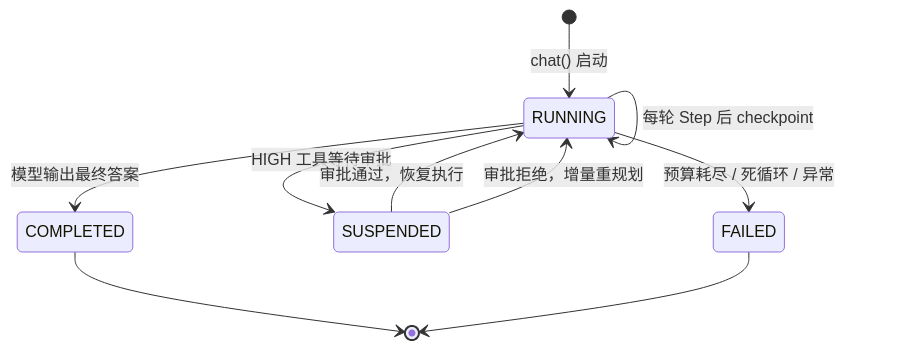
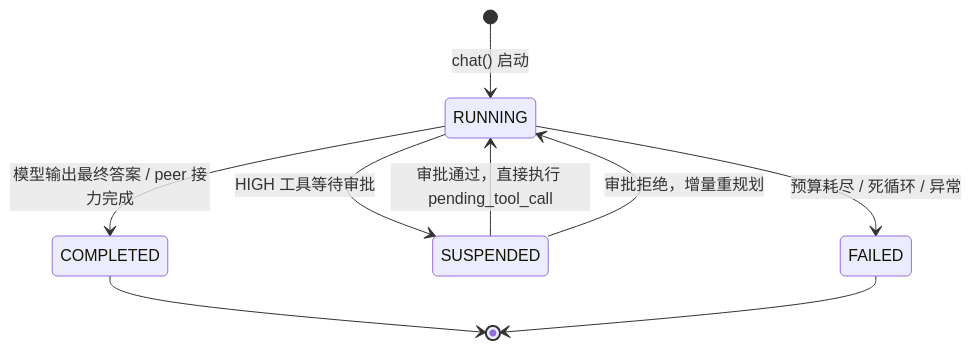
Before and after one commit to limenagent/prodagent: the second of 2 diagrams in docs/tour/01-core.md, drawn with Mermaid. The commit also changed other lines of this file and 28 other files, not shown here.

````diff
--- a/docs/tour/01-core.md
+++ b/docs/tour/01-core.md
@@ -71,12 +75,11 @@
 ```mermaid
 stateDiagram-v2
     [*] --> RUNNING: chat() 启动
-    RUNNING --> COMPLETED: 模型输出最终答案
+    RUNNING --> COMPLETED: 模型输出最终答案 / peer 接力完成
     RUNNING --> SUSPENDED: HIGH 工具等待审批
-    SUSPENDED --> RUNNING: 审批通过，恢复执行
+    SUSPENDED --> RUNNING: 审批通过，直接执行 pending_tool_call
     SUSPENDED --> RUNNING: 审批拒绝，增量重规划
     RUNNING --> FAILED: 预算耗尽 / 死循环 / 异常
-    RUNNING --> RUNNING: 每轮 Step 后 checkpoint
     COMPLETED --> [*]
     FAILED --> [*]
 ```
````
